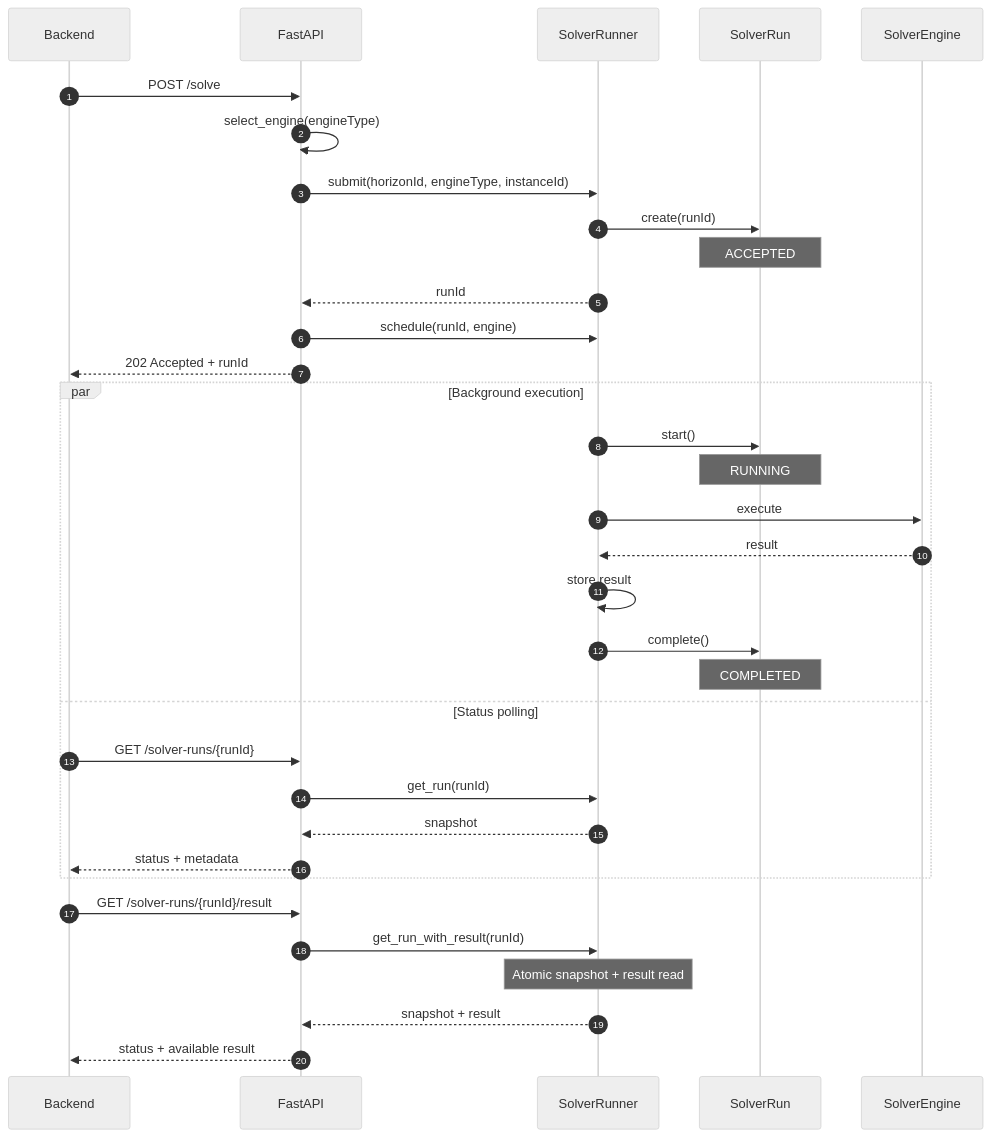
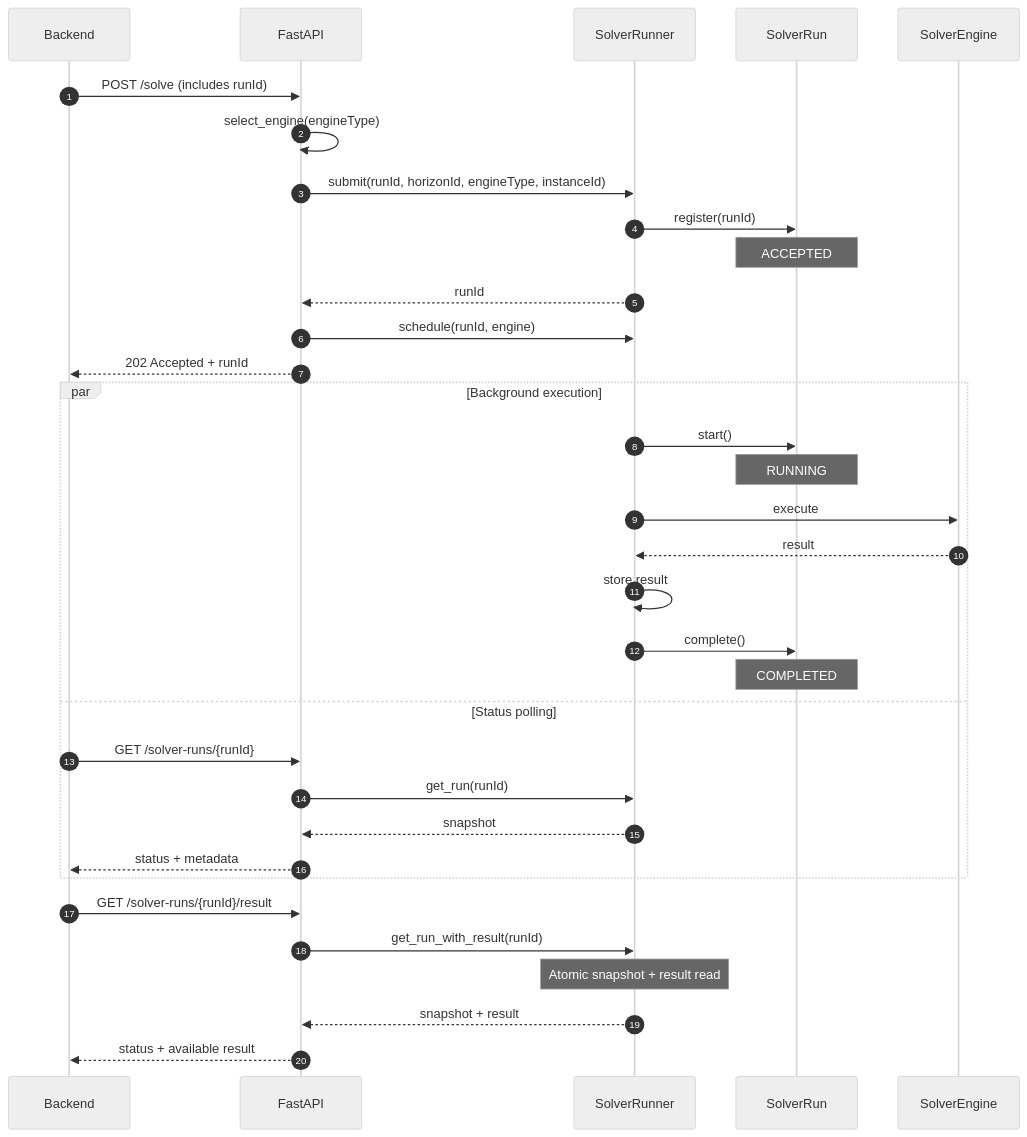
The fourth of 4 diagrams in Solver/docs/solver_lifecycle_architecture.md (klaudia021/Beosztasmester), drawn with Mermaid (neutral theme) before and after one commit. The commit also changed 11 other files, not shown here.

````diff
--- a/Solver/docs/solver_lifecycle_architecture.md
+++ b/Solver/docs/solver_lifecycle_architecture.md
@@ -225,39 +225,39 @@
 ```mermaid
 sequenceDiagram
     autonumber
     participant B as Backend
     participant A as FastAPI
     participant R as SolverRunner
     participant M as SolverRun
     participant E as SolverEngine
 
-    B->>A: POST /solve
+    B->>A: POST /solve (includes runId)
     A->>A: select_engine(engineType)
-    A->>R: submit(horizonId, engineType, instanceId)
-    R->>M: create(runId)
+    A->>R: submit(runId, horizonId, engineType, instanceId)
+    R->>M: register(runId)
     Note over M: ACCEPTED
     R-->>A: runId
     A->>R: schedule(runId, engine)
     A-->>B: 202 Accepted + runId
 
     par Background execution
         R->>M: start()
         Note over M: RUNNING
         R->>E: execute
         E-->>R: result
         R->>R: store result
         R->>M: complete()
         Note over M: COMPLETED
     and Status polling
         B->>A: GET /solver-runs/{runId}
         A->>R: get_run(runId)
         R-->>A: snapshot
         A-->>B: status + metadata
     end
 
     B->>A: GET /solver-runs/{runId}/result
     A->>R: get_run_with_result(runId)
     Note over R: Atomic snapshot + result read
     R-->>A: snapshot + result
     A-->>B: status + available result
 ```
````
